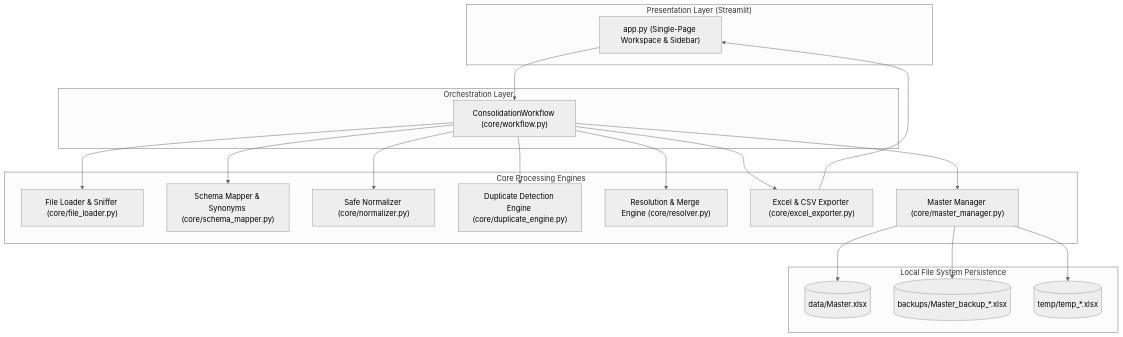
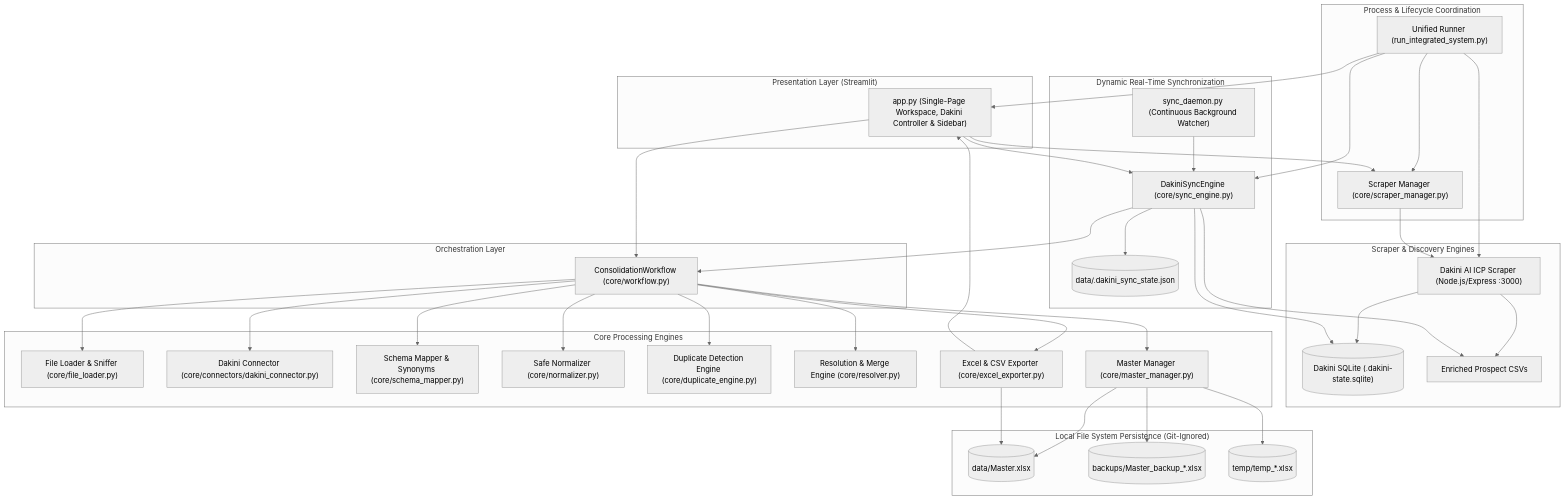
Before and after one commit to swastik-mishra25/Master-Database: the first of 2 diagrams in ARCHITECTURE.md, drawn with Mermaid (neutral theme). The commit also changed other lines of this file and 1 other file, not shown here.

Commit message:
Upgraded the architecture and ReadMe file

````diff
--- a/ARCHITECTURE.md
+++ b/ARCHITECTURE.md
@@ -18,40 +21,78 @@
 ```mermaid
 graph TD
     subgraph UI_Layer ["Presentation Layer (Streamlit)"]
-        UI["app.py (Single-Page Workspace & Sidebar)"]
+        UI["app.py (Single-Page Workspace, Dakini Controller & Sidebar)"]
+    end
+
+    subgraph Process_Coordinator ["Process & Lifecycle Coordination"]
+        ORCH["Unified Runner (run_integrated_system.py)"]
+        SMAN["Scraper Manager (core/scraper_manager.py)"]
+    end
+
+    subgraph External_Systems ["Scraper & Discovery Engines"]
+        DAKINI["Dakini AI ICP Scraper (Node.js/Express :3000)"]
+        DAKINI_DB[("Dakini SQLite (.dakini-state.sqlite)")]
+        DAKINI_CSV["Enriched Prospect CSVs"]
+    end
+
+    subgraph Sync_Layer ["Dynamic Real-Time Synchronization"]
+        SYNC["DakiniSyncEngine (core/sync_engine.py)"]
+        DAEMON["sync_daemon.py (Continuous Background Watcher)"]
+        SYNC_STATE[("data/.dakini_sync_state.json")]
     end
 
     subgraph Orchestration ["Orchestration Layer"]
         WF["ConsolidationWorkflow (core/workflow.py)"]
     end
 
     subgraph Engines ["Core Processing Engines"]
         FL["File Loader & Sniffer (core/file_loader.py)"]
+        CONN["Dakini Connector (core/connectors/dakini_connector.py)"]
         SM["Schema Mapper & Synonyms (core/schema_mapper.py)"]
         NORM["Safe Normalizer (core/normalizer.py)"]
         DEDUP["Duplicate Detection Engine (core/duplicate_engine.py)"]
         RES["Resolution & Merge Engine (core/resolver.py)"]
         EXP["Excel & CSV Exporter (core/excel_exporter.py)"]
         MM["Master Manager (core/master_manager.py)"]
     end
 
-    subgraph Storage ["Local File System Persistence"]
+    subgraph Storage ["Local File System Persistence (Git-Ignored)"]
         DISK_MASTER[("data/Master.xlsx")]
         BACKUPS[("backups/Master_backup_*.xlsx")]
         TEMP[("temp/temp_*.xlsx")]
     end
 
+    ORCH --> UI
+    ORCH --> SMAN
+    ORCH --> DAKINI
+    ORCH --> SYNC
+
+    SMAN --> DAKINI
+    DAKINI --> DAKINI_DB
+    DAKINI --> DAKINI_CSV
+
+    SYNC --> DAKINI_DB
+    SYNC --> DAKINI_CSV
+    SYNC --> SYNC_STATE
+    SYNC --> WF
+
+    DAEMON --> SYNC
+
     UI --> WF
+    UI --> SMAN
+    UI --> SYNC
     WF --> FL
+    WF --> CONN
     WF --> SM
     WF --> NORM
     WF --> DEDUP
     WF --> RES
     WF --> EXP
     WF --> MM
 
     MM --> DISK_MASTER
     MM --> BACKUPS
     MM --> TEMP
     EXP --> UI
+    EXP --> DISK_MASTER
 ```
````
